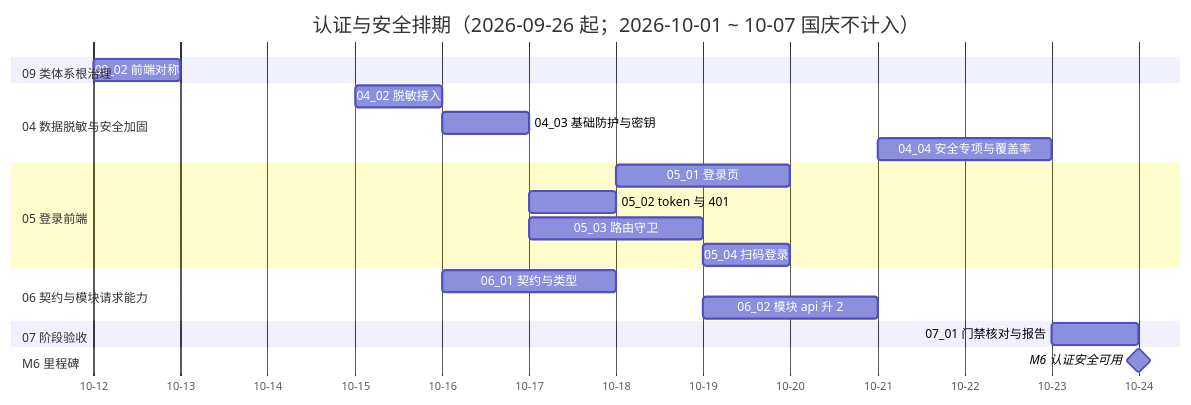
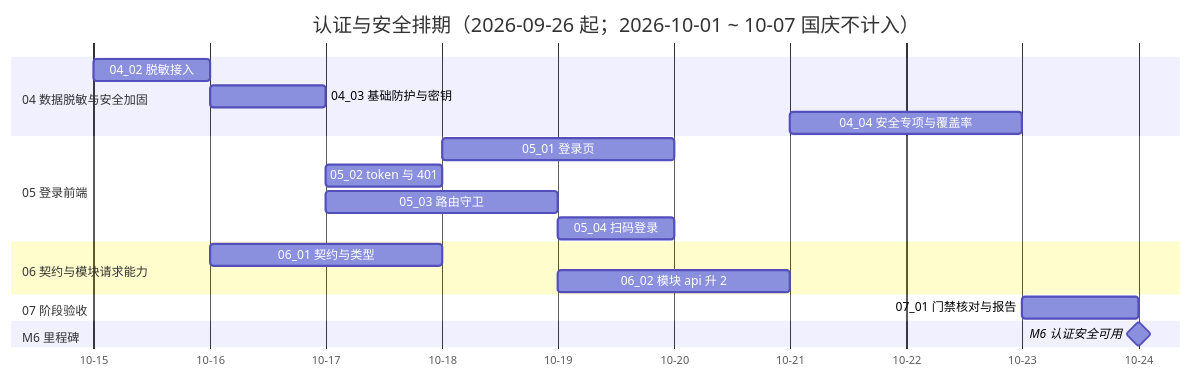
One commit to minjian123/basic-management-system changed the diagram in bms文档/项目/06_认证与安全/计划/01_计划_认证与安全.md. Above: the diagram before and after it, drawn with Mermaid. The commit also changed other lines of this file and 6 other files, not shown here.

````diff
--- a/bms文档/项目/06_认证与安全/计划/01_计划_认证与安全.md
+++ b/bms文档/项目/06_认证与安全/计划/01_计划_认证与安全.md
@@ -64,24 +64,22 @@
 ```mermaid
 gantt
     title 认证与安全排期（2026-09-26 起；2026-10-01 ~ 10-07 国庆不计入）
     dateFormat  YYYY-MM-DD
     axisFormat %m-%d
-    section 09 类体系根治理
-    09_02 前端对称 :i2, 2026-10-12, 1d
     section 04 数据脱敏与安全加固
     04_02 脱敏接入 :d2, 2026-10-15, 1d
     04_03 基础防护与密钥 :d3, 2026-10-16, 1d
     04_04 安全专项与覆盖率 :d4, 2026-10-21, 2d
     section 05 登录前端
     05_01 登录页 :e1, 2026-10-18, 2d
     05_02 token 与 401 :e2, 2026-10-17, 1d
     05_03 路由守卫 :e3, 2026-10-17, 2d
     05_04 扫码登录 :e4, 2026-10-19, 1d
     section 06 契约与模块请求能力
     06_01 契约与类型 :f1, 2026-10-16, 2d
     06_02 模块 api 升 2 :f2, 2026-10-19, 2d
     section 07 阶段验收
     07_01 门禁核对与报告 :g1, 2026-10-23, 1d
     section M6 里程碑
     M6 认证安全可用 :milestone, mm6, 2026-10-24, 0d
 ```
````
